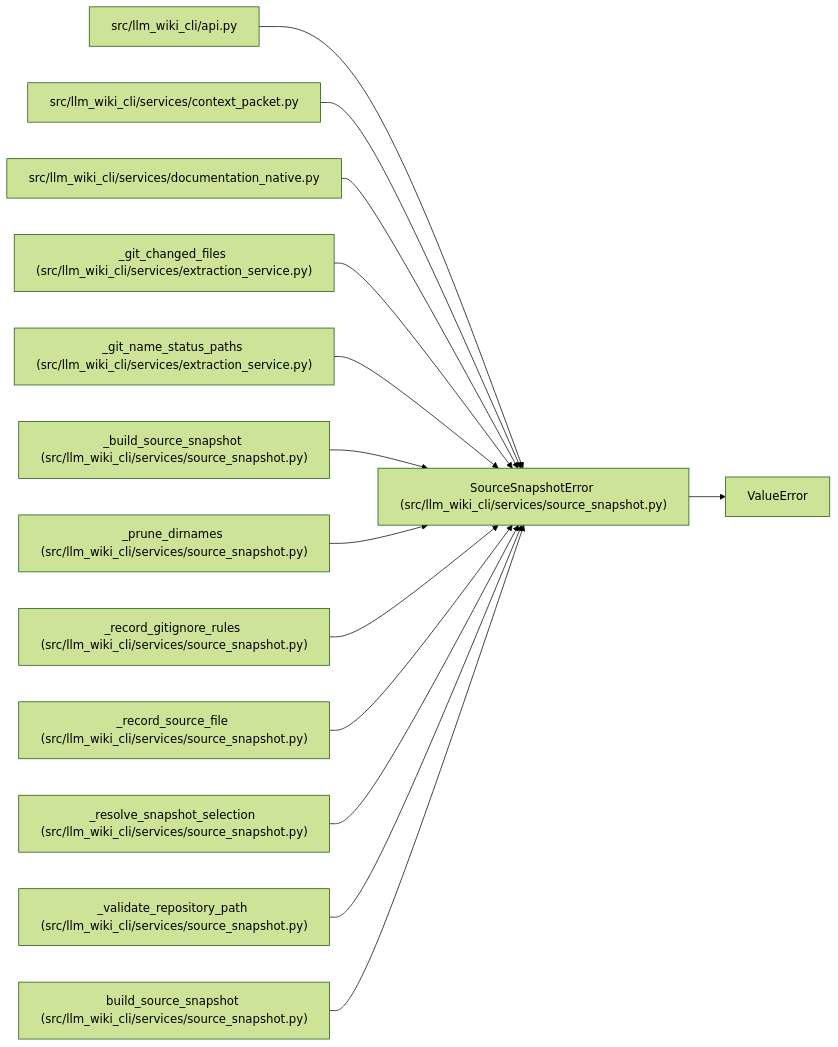
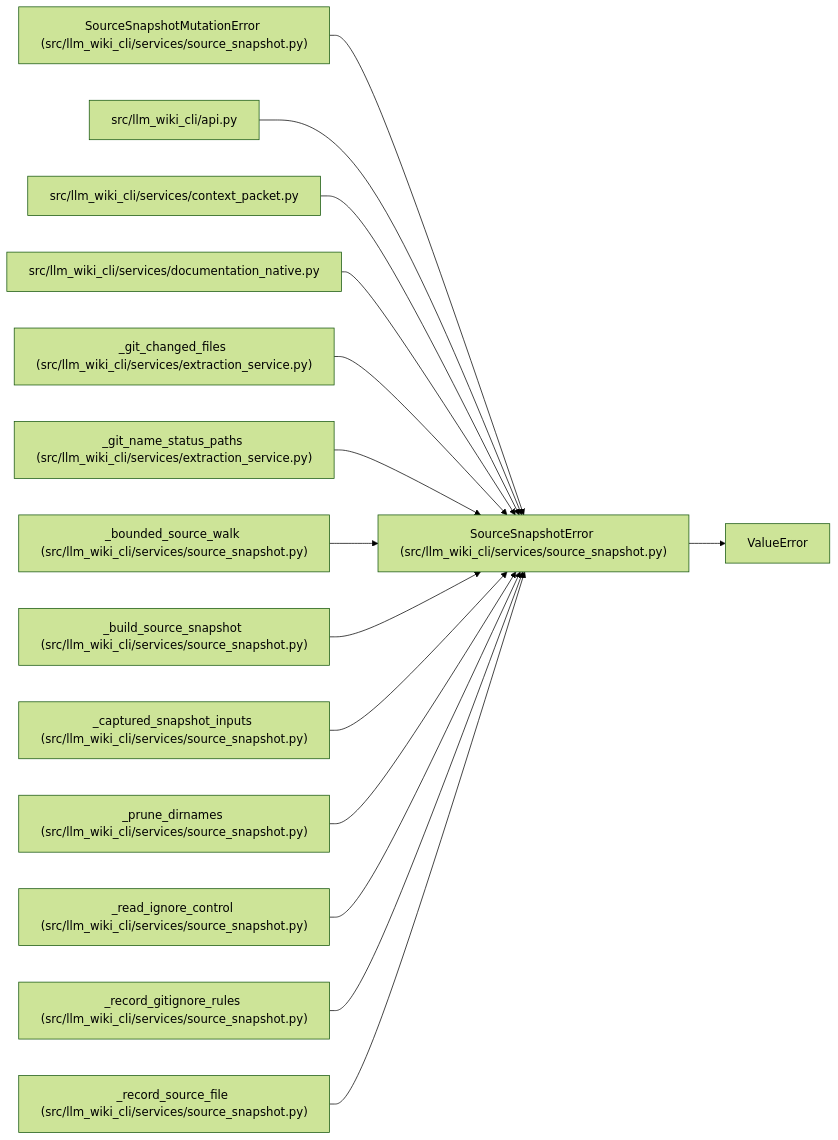
Before and after one commit to Denissvgn/python-wiki-llm: the diagram in docs/llm_wiki/entities/SourceSnapshotError.md, drawn with Mermaid (forest theme). The commit also changed other lines of this file and 865 other files, not shown here.

````diff
--- a/docs/llm_wiki/entities/SourceSnapshotError.md
+++ b/docs/llm_wiki/entities/SourceSnapshotError.md
@@ -25,43 +25,46 @@
 ```mermaid
 flowchart LR
     n0["SourceSnapshotError (src/llm_wiki_cli/services/source_snapshot.py)"]
     n1["ValueError"]
-    n2["src/llm_wiki_cli/api.py"]
-    n3["src/llm_wiki_cli/services/context_packet.py"]
-    n4["src/llm_wiki_cli/services/documentation_native.py"]
-    n5["_git_changed_files (src/llm_wiki_cli/services/extraction_service.py)"]
-    n6["_git_name_status_paths (src/llm_wiki_cli/services/extraction_service.py)"]
-    n7["_build_source_snapshot (src/llm_wiki_cli/services/source_snapshot.py)"]
-    n8["_prune_dirnames (src/llm_wiki_cli/services/source_snapshot.py)"]
-    n9["_record_gitignore_rules (src/llm_wiki_cli/services/source_snapshot.py)"]
-    n10["_record_source_file (src/llm_wiki_cli/services/source_snapshot.py)"]
-    n11["_resolve_snapshot_selection (src/llm_wiki_cli/services/source_snapshot.py)"]
-    n12["_validate_repository_path (src/llm_wiki_cli/services/source_snapshot.py)"]
-    n13["build_source_snapshot (src/llm_wiki_cli/services/source_snapshot.py)"]
+    n2["SourceSnapshotMutationError (src/llm_wiki_cli/services/source_snapshot.py)"]
+    n3["src/llm_wiki_cli/api.py"]
+    n4["src/llm_wiki_cli/services/context_packet.py"]
+    n5["src/llm_wiki_cli/services/documentation_native.py"]
+    n6["_git_changed_files (src/llm_wiki_cli/services/extraction_service.py)"]
+    n7["_git_name_status_paths (src/llm_wiki_cli/services/extraction_service.py)"]
+    n8["_bounded_source_walk (src/llm_wiki_cli/services/source_snapshot.py)"]
+    n9["_build_source_snapshot (src/llm_wiki_cli/services/source_snapshot.py)"]
+    n10["_captured_snapshot_inputs (src/llm_wiki_cli/services/source_snapshot.py)"]
+    n11["_prune_dirnames (src/llm_wiki_cli/services/source_snapshot.py)"]
+    n12["_read_ignore_control (src/llm_wiki_cli/services/source_snapshot.py)"]
+    n13["_record_gitignore_rules (src/llm_wiki_cli/services/source_snapshot.py)"]
+    n14["_record_source_file (src/llm_wiki_cli/services/source_snapshot.py)"]
     n0 --> n1
     n2 --> n0
     n3 --> n0
     n4 --> n0
     n5 --> n0
     n6 --> n0
     n7 --> n0
     n8 --> n0
     n9 --> n0
     n10 --> n0
     n11 --> n0
     n12 --> n0
     n13 --> n0
+    n14 --> n0
     click n0 "../modules/source_snapshot.md"
-    click n2 "../modules/api.md"
-    click n3 "../modules/context_packet.md"
-    click n4 "../modules/documentation_native.md"
-    click n5 "../modules/extraction_service.md"
+    click n2 "../modules/source_snapshot.md"
+    click n3 "../modules/api.md"
+    click n4 "../modules/context_packet.md"
+    click n5 "../modules/documentation_native.md"
     click n6 "../modules/extraction_service.md"
-    click n7 "../modules/source_snapshot.md"
+    click n7 "../modules/extraction_service.md"
     click n8 "../modules/source_snapshot.md"
     click n9 "../modules/source_snapshot.md"
     click n10 "../modules/source_snapshot.md"
     click n11 "../modules/source_snapshot.md"
     click n12 "../modules/source_snapshot.md"
     click n13 "../modules/source_snapshot.md"
+    click n14 "../modules/source_snapshot.md"
 ```
````
